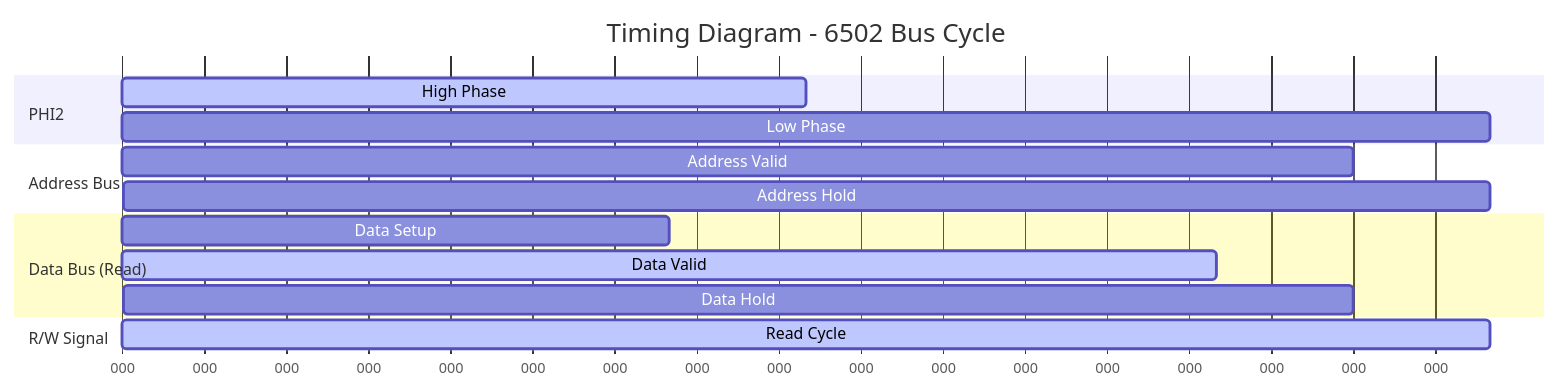
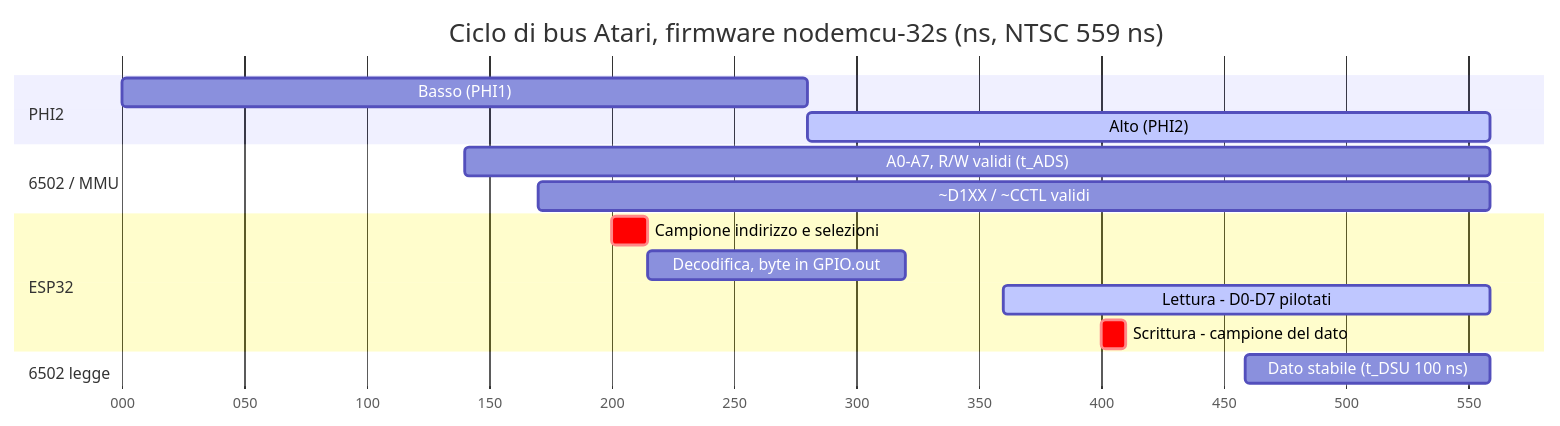
Before and after one commit to gianlucarenzi/ESP32-BOBOARD-5V: the third of 3 diagrams in README.md, drawn with Mermaid. The commit also changed 1 other file, not shown here.

Commit message:
docs: README timing diagram (mermaid gantt) with the real Atari bus cycle, readable ns axis

````diff
--- a/README.md
+++ b/README.md
@@ -476,22 +476,24 @@
 ```mermaid
 gantt
-    title Timing Diagram - 6502 Bus Cycle
-    dateFormat X
+    title Ciclo di bus Atari, firmware nodemcu-32s (ns, NTSC 559 ns)
+    dateFormat x
     axisFormat %L
-    
+    tickInterval 50millisecond
+
     section PHI2
-    High Phase    :active, phi2h, 0, 500
-    Low Phase     :phi2l, 500, 1000
-    
-    section Address Bus
-    Address Valid :addr, 0, 900
-    Address Hold  :addrh, 900, 1000
-    
-    section Data Bus (Read)
-    Data Setup    :data, 100, 400
-    Data Valid    :active, datav, 400, 800
-    Data Hold     :datah, 800, 900
-    
-    section R/W Signal
-    Read Cycle    :active, rw, 0, 1000
+    Basso (PHI1)                    :p1, 0, 280
+    Alto (PHI2)                     :active, p2, 280, 559
+
+    section 6502 / MMU
+    A0-A7, R/W validi (t_ADS)       :a1, 140, 559
+    ~D1XX / ~CCTL validi            :a2, 170, 559
+
+    section ESP32
+    Campione indirizzo e selezioni  :crit, e1, 200, 215
+    Decodifica, byte in GPIO.out    :e2, 215, 320
+    Lettura - D0-D7 pilotati        :active, e3, 360, 559
+    Scrittura - campione del dato   :crit, e4, 400, 410
+
+    section 6502 legge
+    Dato stabile (t_DSU 100 ns)     :d1, 459, 559
 ```
````
